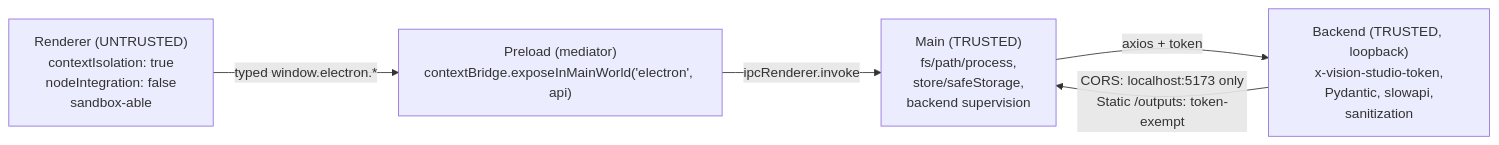
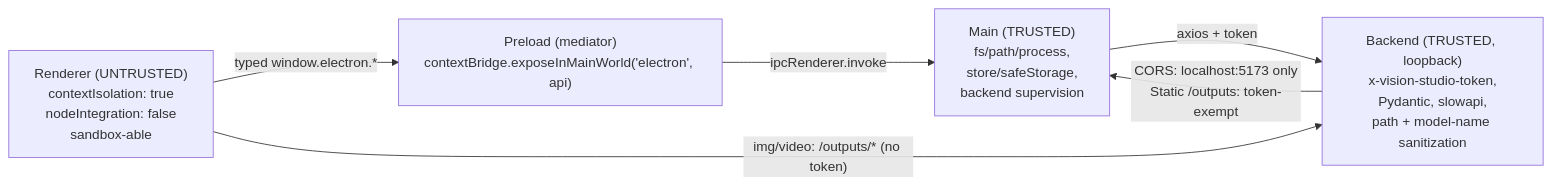
One commit to Git-Rocky-Stack/vision-studio changed diagram 11 of 11 in docs/diagrams/diagrams.md. Above: the diagram before and after it, drawn with Mermaid. The commit also changed other lines of this file and 9 other files, not shown here.

````diff
--- a/docs/diagrams/diagrams.md
+++ b/docs/diagrams/diagrams.md
@@ -293,11 +294,12 @@
 ```mermaid
 flowchart LR
     R["Renderer (UNTRUSTED)<br/>contextIsolation: true<br/>nodeIntegration: false<br/>sandbox-able"]
     P["Preload (mediator)<br/>contextBridge.exposeInMainWorld('electron', api)"]
     M["Main (TRUSTED)<br/>fs/path/process,<br/>store/safeStorage,<br/>backend supervision"]
-    B["Backend (TRUSTED, loopback)<br/>x-vision-studio-token,<br/>Pydantic, slowapi,<br/>sanitization"]
+    B["Backend (TRUSTED, loopback)<br/>x-vision-studio-token,<br/>Pydantic, slowapi,<br/>path + model-name sanitization"]
     R -->|typed window.electron.*| P
     P -->|ipcRenderer.invoke| M
     M -->|axios + token| B
+    R -->|"img/video: /outputs/* (no token)"| B
     B -- "CORS: localhost:5173 only<br/>Static /outputs: token-exempt" --> M
 ```
````
